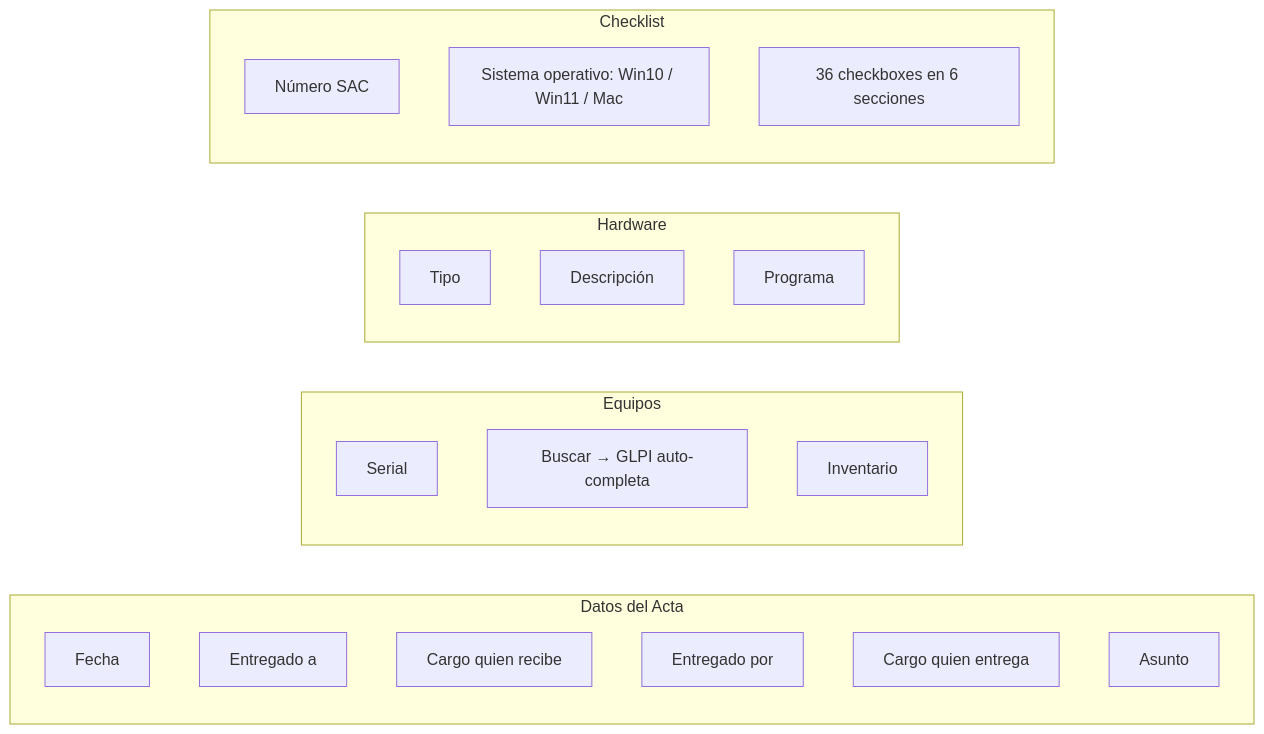
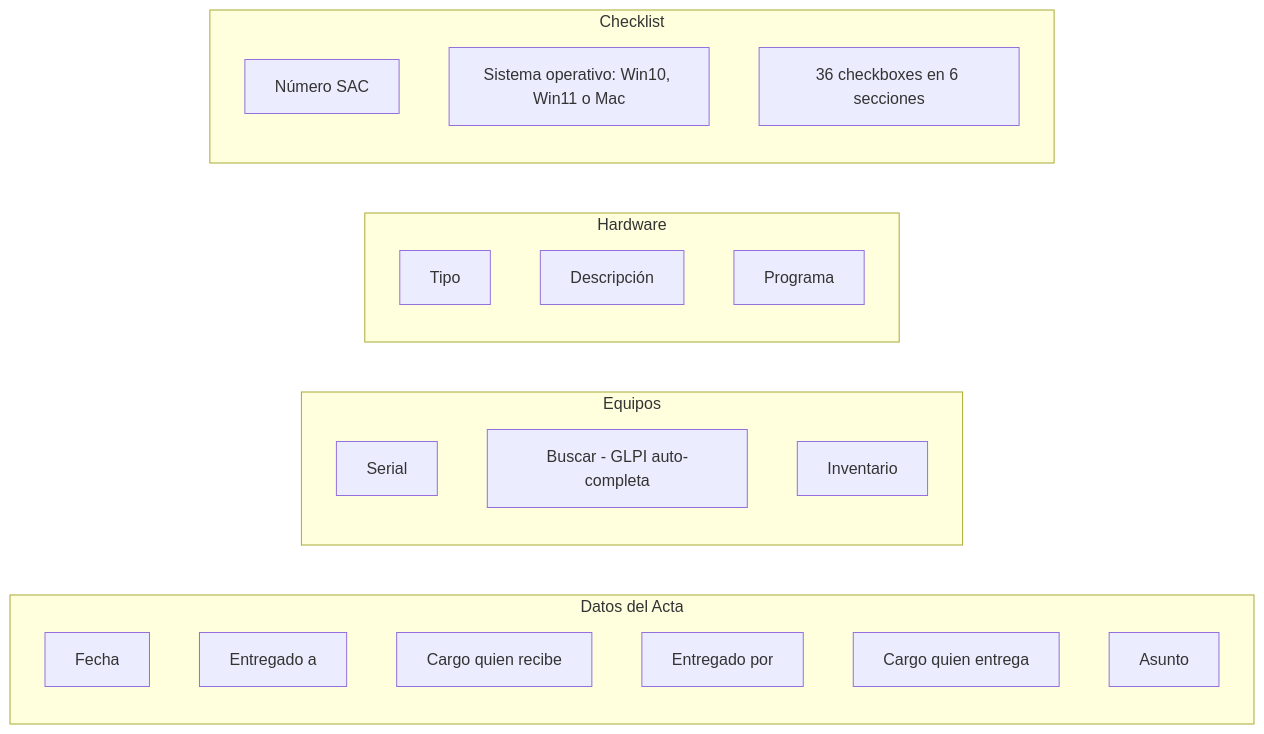
The second of 10 diagrams in FLUJO_FUNCIONAL.md (juanjosehc/actas-glpi), drawn with Mermaid before and after one commit. The commit also changed other lines of this file, not shown here.

````diff
--- a/FLUJO_FUNCIONAL.md
+++ b/FLUJO_FUNCIONAL.md
@@ -50,29 +50,29 @@
 ```mermaid
 flowchart LR
-    subgraph Datos del Acta
+    subgraph DatosActa["Datos del Acta"]
         A1[Fecha]
         A2[Entregado a]
         A3[Cargo quien recibe]
         A4[Entregado por]
         A5[Cargo quien entrega]
         A6[Asunto]
     end
 
-    subgraph Equipos
+    subgraph Equi["Equipos"]
         B1[Serial]
-        B2[Buscar → GLPI auto-completa]
+        B2[Buscar - GLPI auto-completa]
         B3[Inventario]
     end
 
-    subgraph Hardware
+    subgraph Hard["Hardware"]
         C1[Tipo]
         C2[Descripción]
         C3[Programa]
     end
 
-    subgraph Checklist
+    subgraph Check["Checklist"]
         D1[Número SAC]
-        D2[Sistema operativo: Win10 / Win11 / Mac]
+        D2[Sistema operativo: Win10, Win11 o Mac]
         D3[36 checkboxes en 6 secciones]
     end
 ```
````
